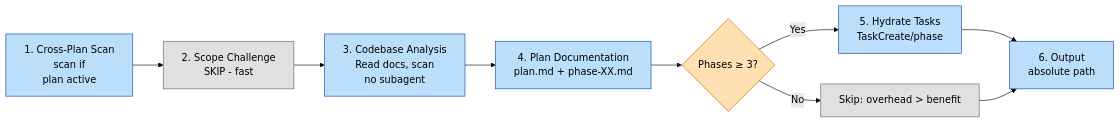
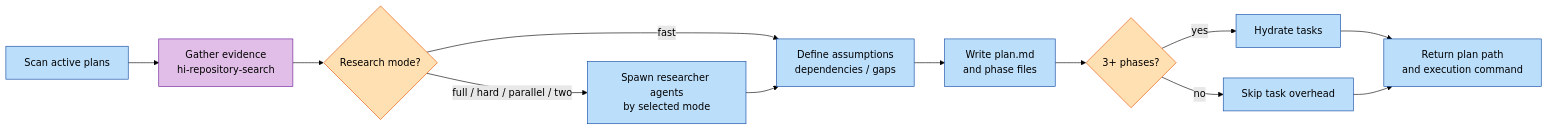
One commit to baka3k/dev-kit changed the third of 10 diagrams in devkit.md. Above: the diagram before and after it, drawn with Mermaid (forest theme). The commit also changed other lines of this file and 87 other files, not shown here.

````diff
--- a/devkit.md
+++ b/devkit.md
@@ -114,19 +149,23 @@
 ```mermaid
 graph LR
-    A[1. Cross-Plan Scan<br/>scan if<br/>plan active] --> B[2. Scope Challenge<br/>SKIP - fast]
-    B --> C[3. Codebase Analysis<br/>Read docs, scan<br/>no subagent]
-    C --> D[4. Plan Documentation<br/>plan.md + phase-XX.md]
-    D --> E{Phases ≥ 3?}
-    E -->|Yes| F[5. Hydrate Tasks<br/>TaskCreate/phase]
-    E -->|No| G[Skip: overhead > benefit]
-    F --> H[6. Output<br/>absolute path]
+    A["Scan active plans"] --> B["Gather evidence<br/>hi-repository-search"]
+    B --> R{"Research mode?"}
+    R -->|fast| C["Define assumptions<br/>dependencies / gaps"]
+    R -->|full / hard / parallel / two| S["Spawn researcher agents<br/>by selected mode"]
+    S --> C
+    C --> D["Write plan.md<br/>and phase files"]
+    D --> E{"3+ phases?"}
+    E -->|yes| F["Hydrate tasks"]
+    E -->|no| G["Skip task overhead"]
+    F --> H["Return plan path<br/>and execution command"]
     G --> H
 
     classDef step fill:#bbdefb,stroke:#0d47a1,color:#000
-    classDef skip fill:#e0e0e0,stroke:#616161,color:#000
+    classDef evidence fill:#e1bee7,stroke:#6a1b9a,color:#000
+    classDef delegated fill:#bbdefb,stroke:#0d47a1,color:#000
     classDef gate fill:#ffe0b2,stroke:#e65100,color:#000
-    class A,C,D,F,H step
-    class B,G skip
-    class E gate
-
+    class A,C,D,F,G,H step
+    class B evidence
+    class S delegated
+    class R,E gate
 ```
````
